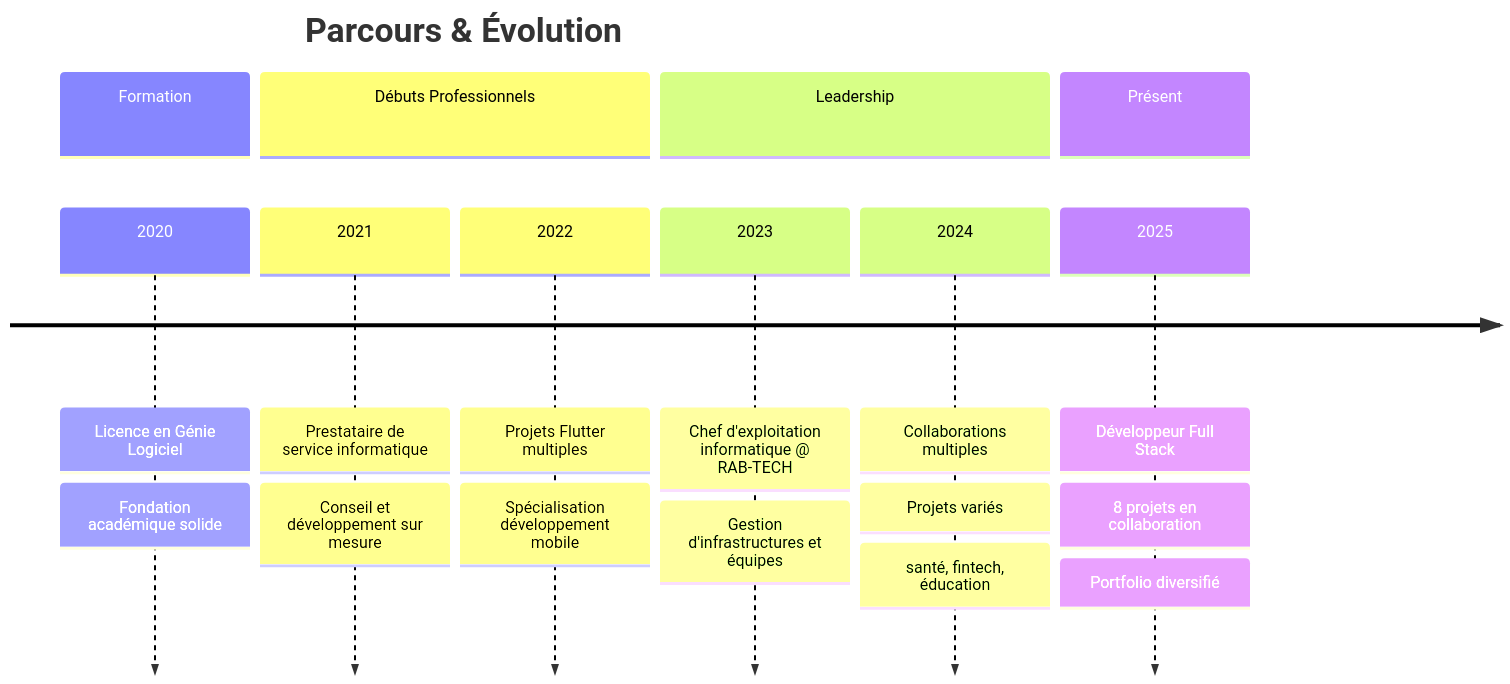
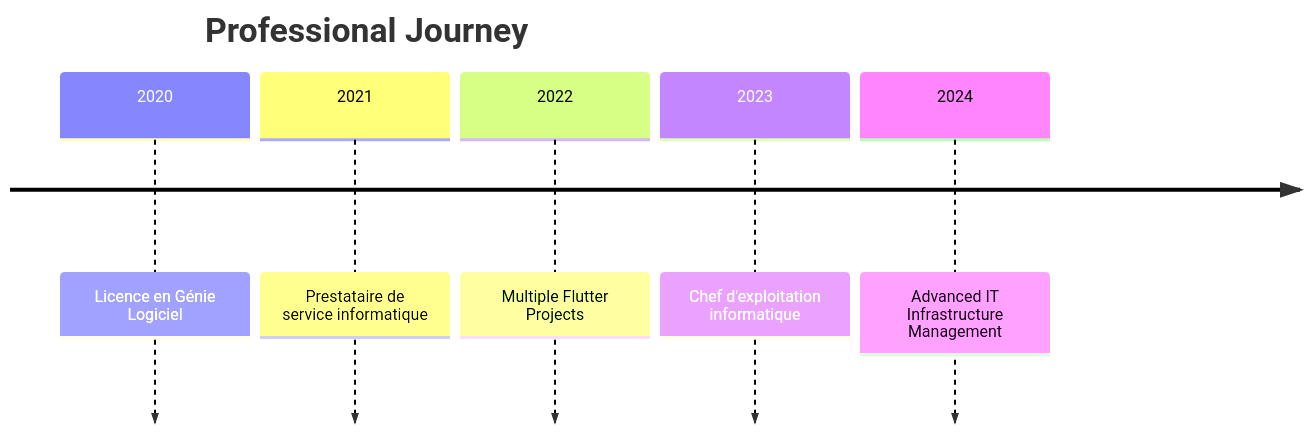
One commit to MikeCHOKKI/MikeCHOKKI changed the second of 2 diagrams in README.md. Above: the diagram before and after it, drawn with Mermaid. The commit also changed other lines of this file, not shown here.

````diff
--- a/README.md
+++ b/README.md
@@ -297,27 +327,9 @@
 ```mermaid
 timeline
-    title Parcours & Évolution
-    
-    section Formation
-        2020 : Licence en Génie Logiciel
-             : Fondation académique solide
-    
-    section Débuts Professionnels
-        2021 : Prestataire de service informatique
-             : Conseil et développement sur mesure
-             
-        2022 : Projets Flutter multiples
-             : Spécialisation développement mobile
-    
-    section Leadership
-        2023 : Chef d'exploitation informatique @ RAB-TECH
-             : Gestion d'infrastructures et équipes
-             
-        2024 : Collaborations multiples
-             : Projets variés : santé, fintech, éducation
-             
-    section Présent
-        2025 : Développeur Full Stack
-             : 8 projets en collaboration
-             : Portfolio diversifié
+    title Professional Journey
+    2020    : Licence en Génie Logiciel
+    2021    : Prestataire de service informatique
+    2022    : Multiple Flutter Projects
+    2023    : Chef d'exploitation informatique
+    2024    : Advanced IT Infrastructure Management
 ```
````
